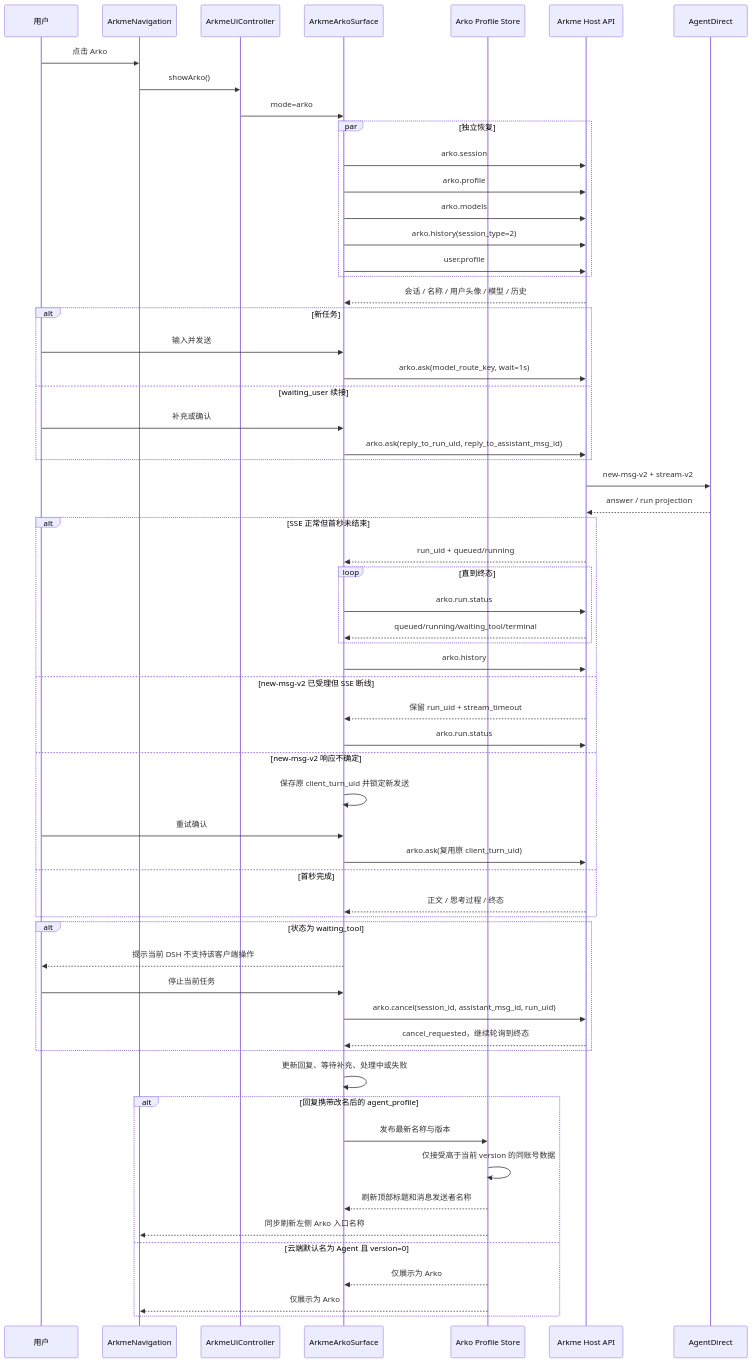
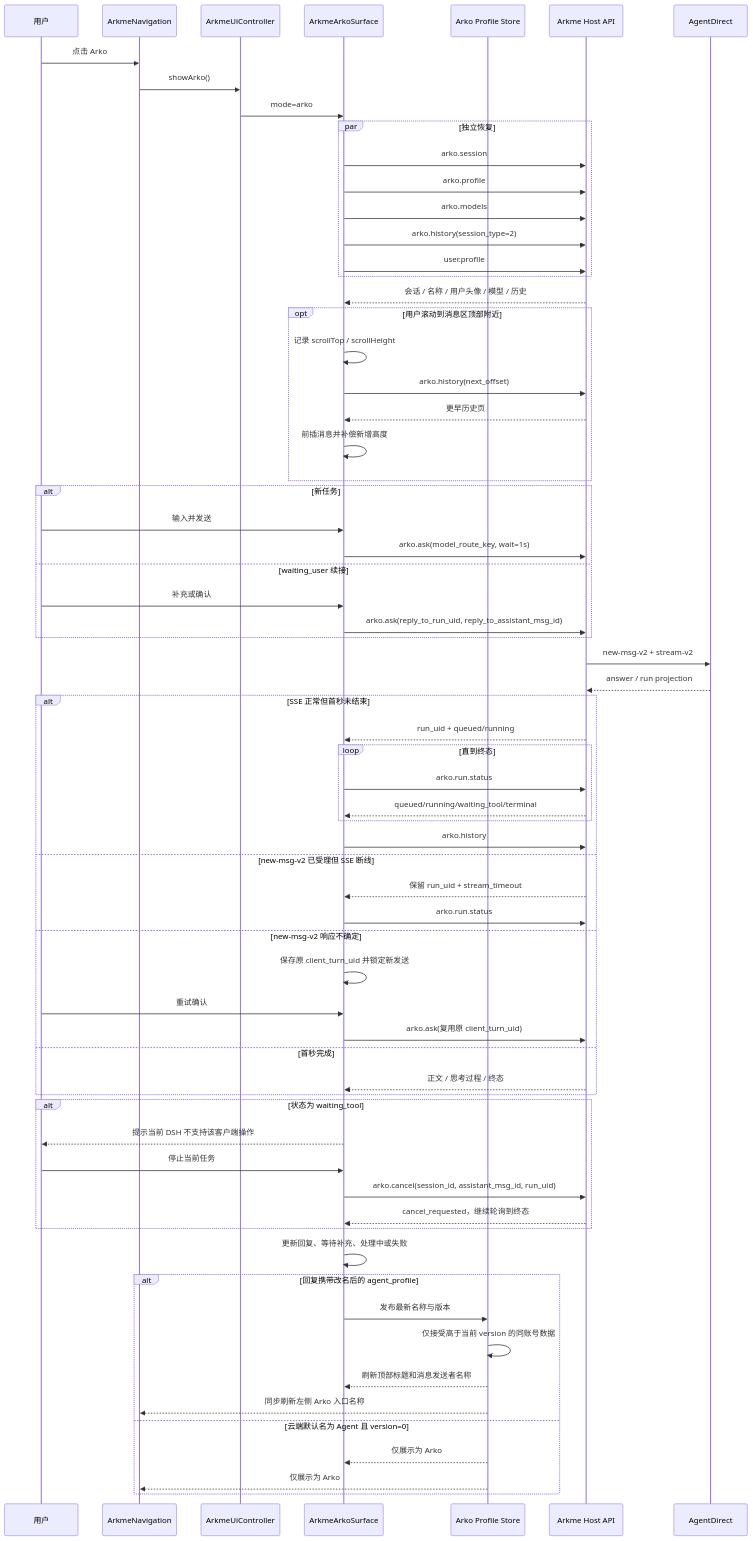
One commit to arkme-senx/arkme-dsh-plugin changed the third of 5 diagrams in docs/superpowers/plans/2026-08-19-arkme-arko-entry.md. Above: the diagram before and after it, drawn with Mermaid. The commit also changed other lines of this file and 13 other files, not shown here.

````diff
--- a/docs/superpowers/plans/2026-08-19-arkme-arko-entry.md
+++ b/docs/superpowers/plans/2026-08-19-arkme-arko-entry.md
@@ -36,64 +54,70 @@
 ```mermaid
 sequenceDiagram
   participant U as 用户
   participant Nav as ArkmeNavigation
   participant UI as ArkmeUiController
   participant Panel as ArkmeArkoSurface
   participant Profile as Arko Profile Store
   participant Host as Arkme Host API
   participant Cloud as AgentDirect
 
   U->>Nav: 点击 Arko
   Nav->>UI: showArko()
   UI->>Panel: mode=arko
   par 独立恢复
     Panel->>Host: arko.session
     Panel->>Host: arko.profile
     Panel->>Host: arko.models
     Panel->>Host: arko.history(session_type=2)
     Panel->>Host: user.profile
   end
   Host-->>Panel: 会话 / 名称 / 用户头像 / 模型 / 历史
+  opt 用户滚动到消息区顶部附近
+    Panel->>Panel: 记录 scrollTop / scrollHeight
+    Panel->>Host: arko.history(next_offset)
+    Host-->>Panel: 更早历史页
+    Panel->>Panel: 前插消息并补偿新增高度
+  end
   alt 新任务
     U->>Panel: 输入并发送
     Panel->>Host: arko.ask(model_route_key, wait=1s)
   else waiting_user 续接
     U->>Panel: 补充或确认
     Panel->>Host: arko.ask(reply_to_run_uid, reply_to_assistant_msg_id)
   end
   Host->>Cloud: new-msg-v2 + stream-v2
   Cloud-->>Host: answer / run projection
   alt SSE 正常但首秒未结束
     Host-->>Panel: run_uid + queued/running
     loop 直到终态
       Panel->>Host: arko.run.status
       Host-->>Panel: queued/running/waiting_tool/terminal
     end
     Panel->>Host: arko.history
   else new-msg-v2 已受理但 SSE 断线
     Host-->>Panel: 保留 run_uid + stream_timeout
     Panel->>Host: arko.run.status
   else new-msg-v2 响应不确定
     Panel->>Panel: 保存原 client_turn_uid 并锁定新发送
     U->>Panel: 重试确认
     Panel->>Host: arko.ask(复用原 client_turn_uid)
   else 首秒完成
     Host-->>Panel: 正文 / 思考过程 / 终态
   end
   alt 状态为 waiting_tool
     Panel-->>U: 提示当前 DSH 不支持该客户端操作
     U->>Panel: 停止当前任务
     Panel->>Host: arko.cancel(session_id, assistant_msg_id, run_uid)
     Host-->>Panel: cancel_requested，继续轮询到终态
   end
   Panel->>Panel: 更新回复、等待补充、处理中或失败
   alt 回复携带改名后的 agent_profile
     Panel->>Profile: 发布最新名称与版本
     Profile->>Profile: 仅接受高于当前 version 的同账号数据
     Profile-->>Panel: 刷新顶部标题和消息发送者名称
     Profile-->>Nav: 同步刷新左侧 Arko 入口名称
   else 云端默认名为 Agent 且 version=0
     Profile-->>Panel: 仅展示为 Arko
     Profile-->>Nav: 仅展示为 Arko
   end
 ```
````
